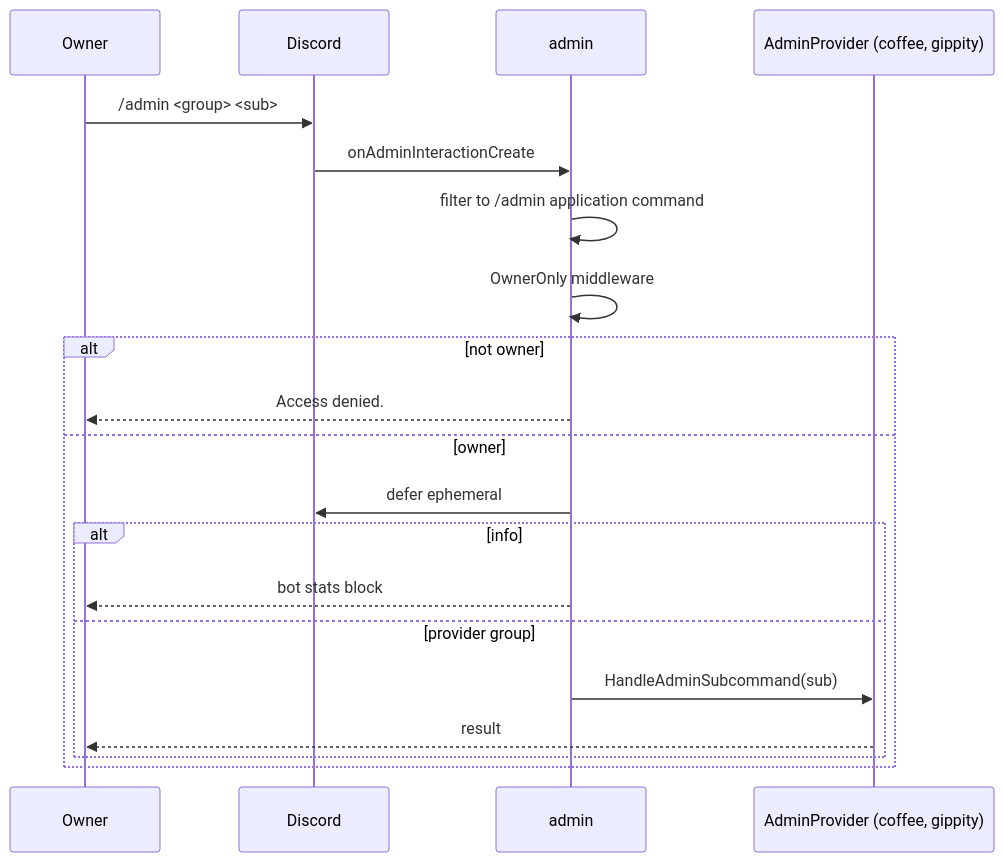
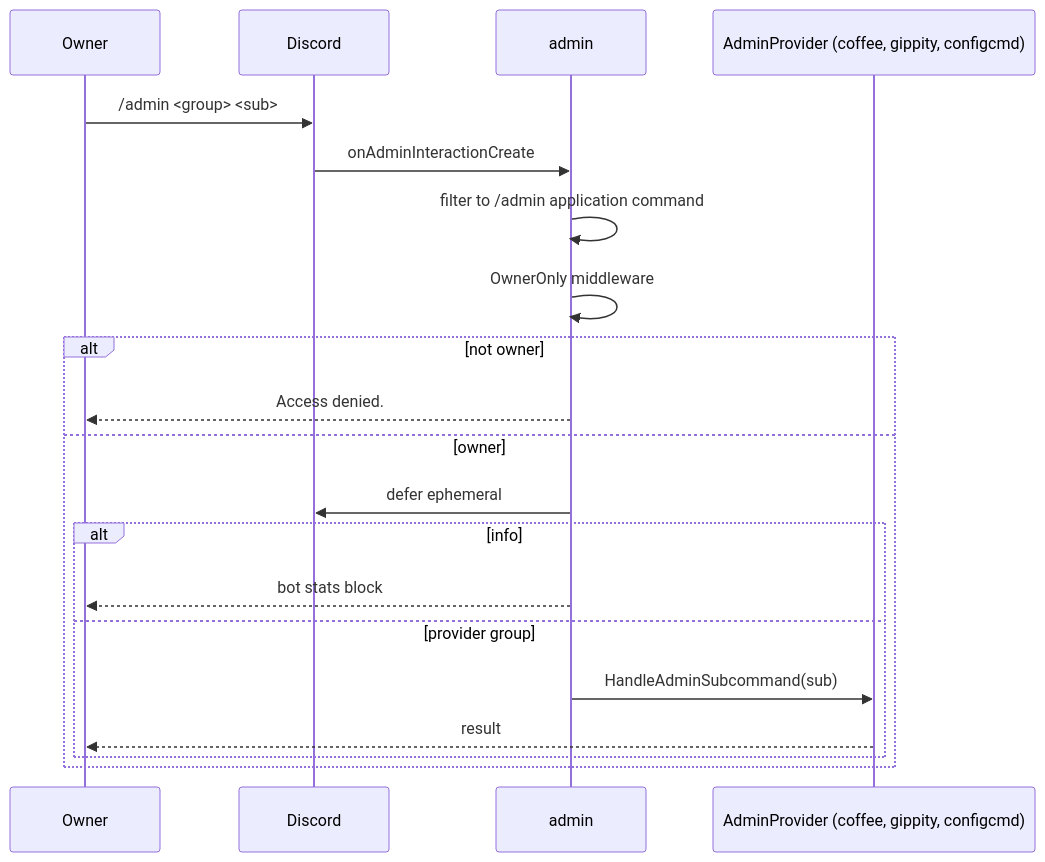
The diagram in docs/modules/admin.md (toksikk/gidbig), drawn with Mermaid before and after one commit. The commit also changed other lines of this file and 36 other files, not shown here.

````diff
--- a/docs/modules/admin.md
+++ b/docs/modules/admin.md
@@ -15,23 +15,23 @@
 ```mermaid
 sequenceDiagram
     participant O as Owner
     participant D as Discord
     participant A as admin
-    participant P as AdminProvider (coffee, gippity)
+    participant P as AdminProvider (coffee, gippity, configcmd)
 
     O->>D: /admin <group> <sub>
     D->>A: onAdminInteractionCreate
     A->>A: filter to /admin application command
     A->>A: OwnerOnly middleware
     alt not owner
         A-->>O: Access denied.
     else owner
         A->>D: defer ephemeral
         alt info
             A-->>O: bot stats block
         else provider group
             A->>P: HandleAdminSubcommand(sub)
             P-->>O: result
         end
     end
 ```
````
